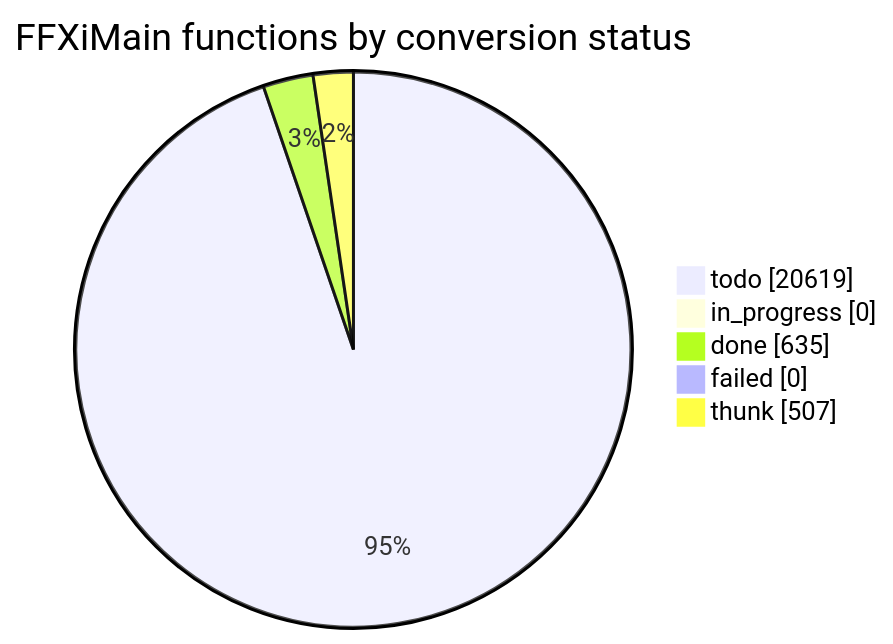
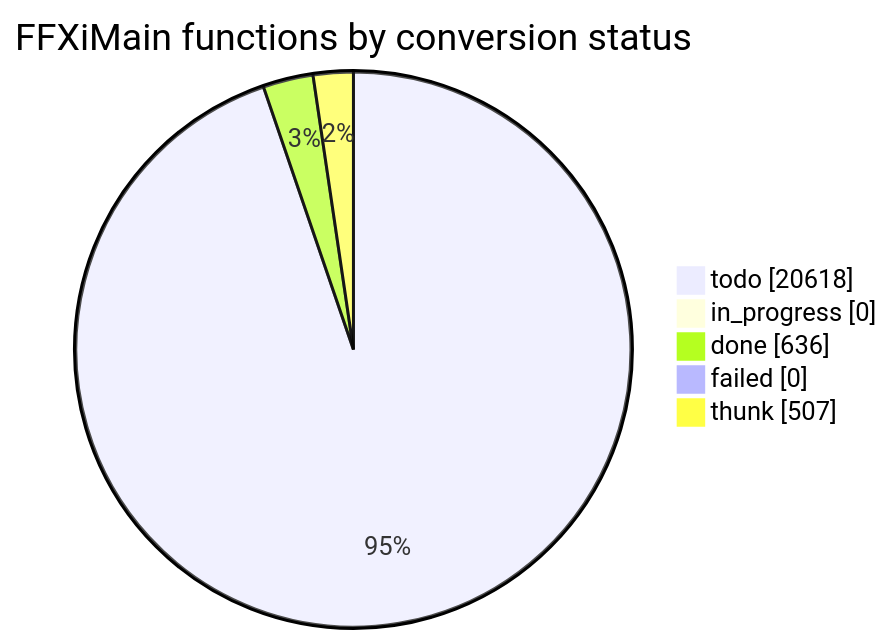
One commit to cowrevenge/cow_kuluu_xi_anything changed the diagram in docs/cow/STATUS.md. Above: the diagram before and after it, drawn with Mermaid. The commit also changed other lines of this file and 9 other files, not shown here.

````diff
--- a/docs/cow/STATUS.md
+++ b/docs/cow/STATUS.md
@@ -18,9 +18,9 @@
 ```mermaid
 pie showData
     title FFXiMain functions by conversion status
-    "todo" : 20619
+    "todo" : 20618
     "in_progress" : 0
-    "done" : 635
+    "done" : 636
     "failed" : 0
     "thunk" : 507
 ```
````
